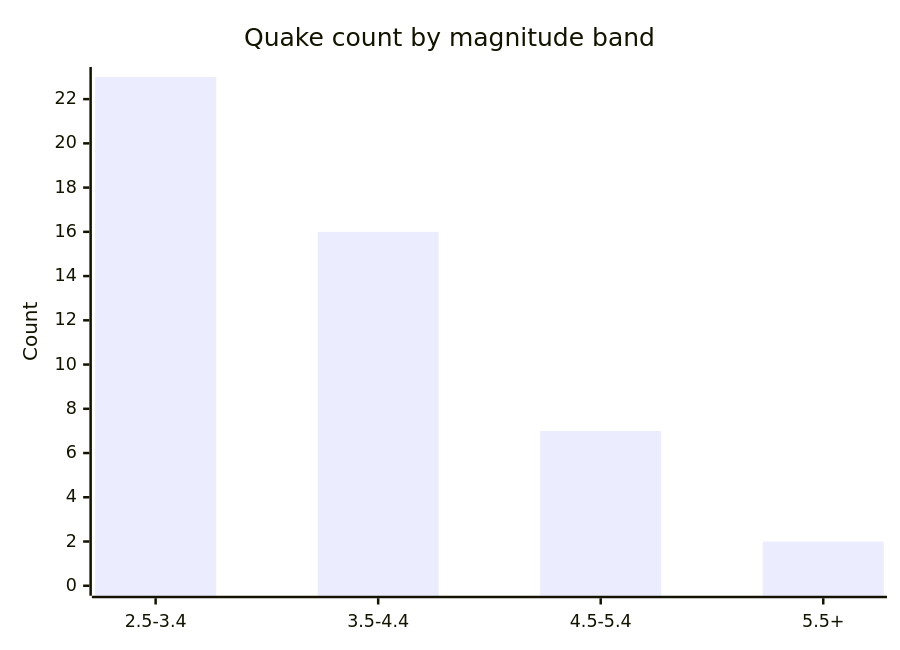
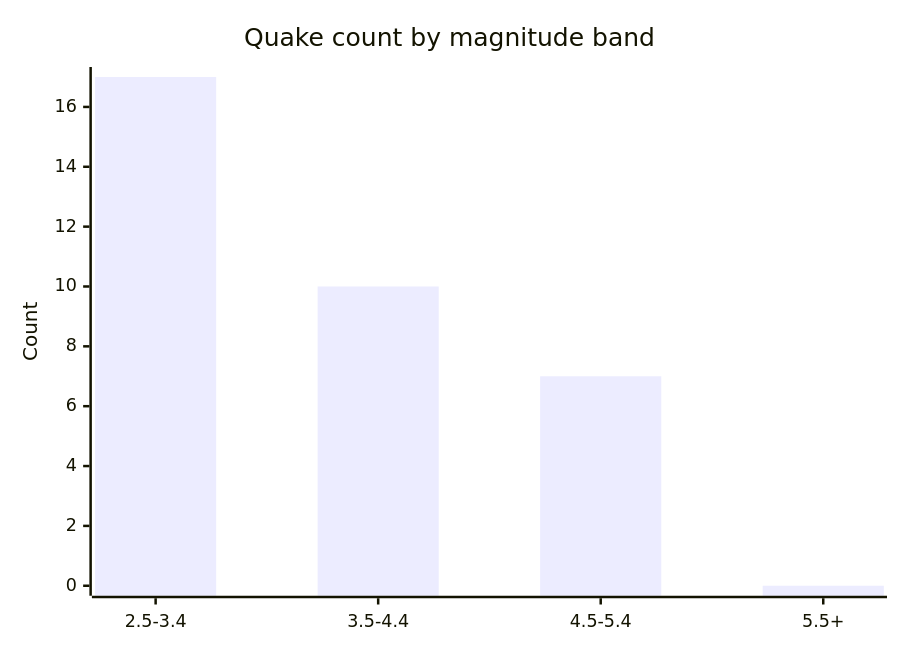
The fifth of 6 diagrams in docs/GRAPHS.md (Midwest-Stratospheric/aerostratospheric-defense-gir), drawn with Mermaid before and after one commit. The commit also changed other lines of this file and 25 other files, not shown here.

````diff
--- a/docs/GRAPHS.md
+++ b/docs/GRAPHS.md
@@ -82,7 +82,7 @@
 ```mermaid
 xychart-beta
   title "Quake count by magnitude band"
   x-axis ["2.5-3.4", "3.5-4.4", "4.5-5.4", "5.5+"]
-  y-axis "Count" 0 --> 23
-  bar [23, 16, 7, 2]
+  y-axis "Count" 0 --> 17
+  bar [17, 10, 7, 0]
 ```
````
